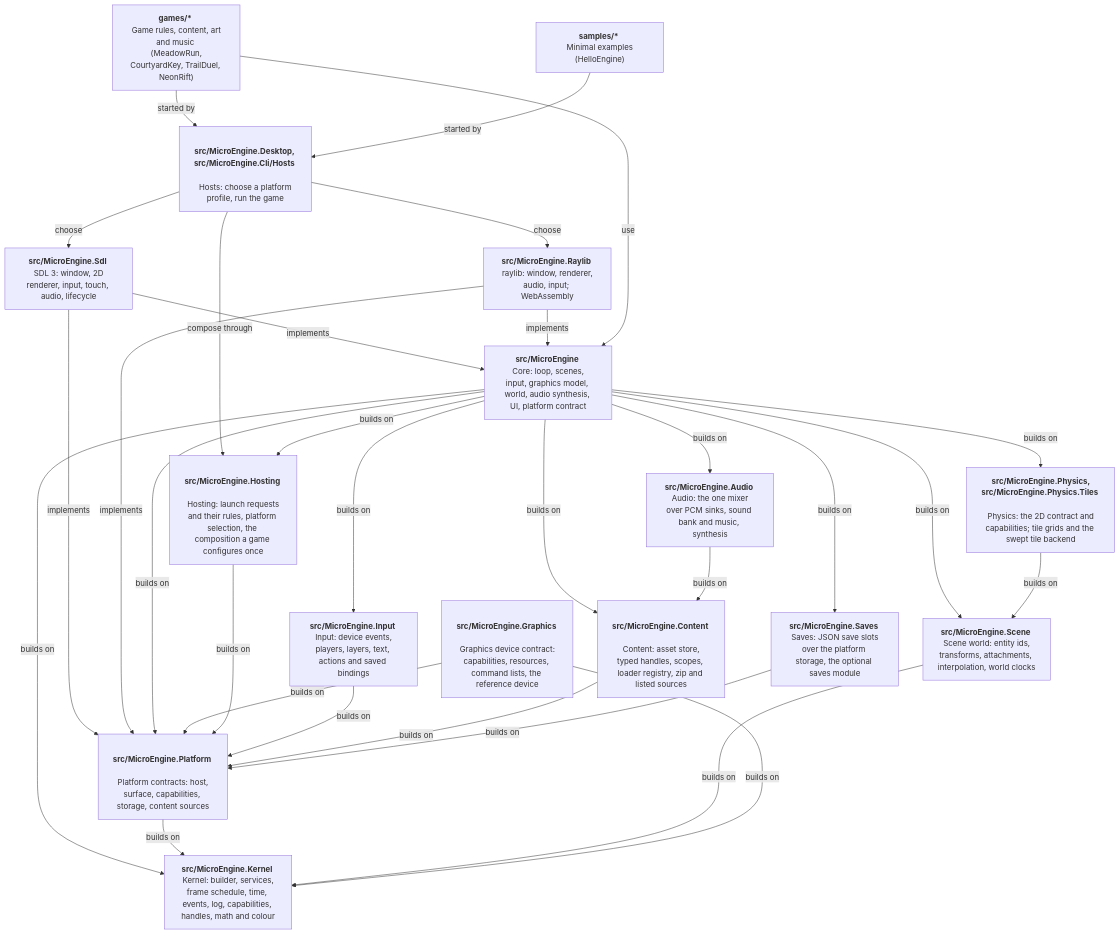
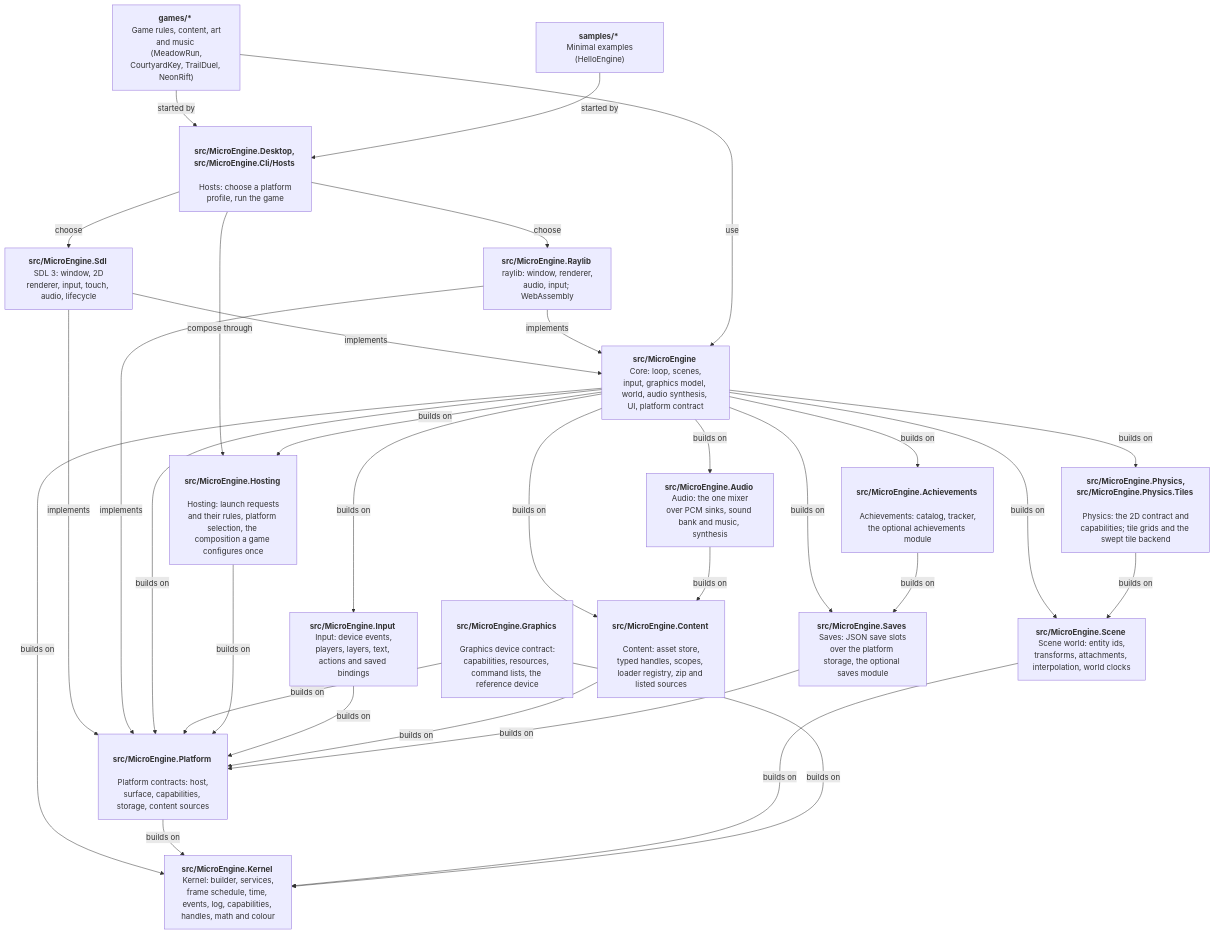
One commit to NastMz/MicroEngine changed the diagram in docs/architecture.md. Above: the diagram before and after it, drawn with Mermaid. The commit also changed other lines of this file and 23 other files, not shown here.

First line of the commit message:
refactor(achievements): move the achievement catalog and tracker into MicroEngine.Achievements with forwards

````diff
--- a/docs/architecture.md
+++ b/docs/architecture.md
@@ -11,50 +11,53 @@
 ```mermaid
 flowchart TB
   accTitle: Layers
   accDescr: Games and samples start through the hosts, which compose them through hosting and offer the SDL and raylib backends; both implement the platform contract, which builds on the kernel.
   games["<b> games/* </b> <br/> Game rules, content, art and music <br/> (MeadowRun, CourtyardKey, TrailDuel, NeonRift)"]
   samples["<b> samples/* </b> <br/> Minimal examples (HelloEngine)"]
   hosts["<b> src/MicroEngine.Desktop, src/MicroEngine.Cli/Hosts </b> <br/> Hosts: choose a platform profile, run the game"]
   sdl["<b> src/MicroEngine.Sdl </b> <br/> SDL 3: window, 2D renderer, input, touch, audio, lifecycle"]
   raylib["<b> src/MicroEngine.Raylib </b> <br/> raylib: window, renderer, audio, input; WebAssembly"]
   core["<b> src/MicroEngine </b> <br/> Core: loop, scenes, input, graphics model, world, audio synthesis, UI, platform contract"]
   platform["<b> src/MicroEngine.Platform </b> <br/> Platform contracts: host, surface, capabilities, storage, content sources"]
   graphics["<b> src/MicroEngine.Graphics </b> <br/> Graphics device contract: capabilities, resources, command lists, the reference device"]
   input["<b> src/MicroEngine.Input </b> <br/> Input: device events, players, layers, text, actions and saved bindings"]
   hosting["<b> src/MicroEngine.Hosting </b> <br/> Hosting: launch requests and their rules, platform selection, the composition a game configures once"]
   content["<b> src/MicroEngine.Content </b> <br/> Content: asset store, typed handles, scopes, loader registry, zip and listed sources"]
   audio["<b> src/MicroEngine.Audio </b> <br/> Audio: the one mixer over PCM sinks, sound bank and music, synthesis"]
   scene["<b> src/MicroEngine.Scene </b> <br/> Scene world: entity ids, transforms, attachments, interpolation, world clocks"]
   physics["<b> src/MicroEngine.Physics, src/MicroEngine.Physics.Tiles </b> <br/> Physics: the 2D contract and capabilities; tile grids and the swept tile backend"]
   saves["<b> src/MicroEngine.Saves </b> <br/> Saves: JSON save slots over the platform storage, the optional saves module"]
+  achievements["<b> src/MicroEngine.Achievements </b> <br/> Achievements: catalog, tracker, the optional achievements module"]
   kernel["<b> src/MicroEngine.Kernel </b> <br/> Kernel: builder, services, frame schedule, time, events, log, capabilities, handles, math and colour"]
   games -- started by --> hosts
   samples -- started by --> hosts
   hosts -- choose --> sdl
   hosts -- choose --> raylib
   hosts -- compose through --> hosting
   sdl -- implements --> core
   raylib -- implements --> core
   sdl -- implements --> platform
   raylib -- implements --> platform
   games -- use --> core
   core -- builds on --> platform
   core -- builds on --> kernel
   platform -- builds on --> kernel
   core -- builds on --> scene
   scene -- builds on --> kernel
   core -- builds on --> physics
   physics -- builds on --> scene
   graphics -- builds on --> platform
   graphics -- builds on --> kernel
   core -- builds on --> hosting
   hosting -- builds on --> platform
   core -- builds on --> input
   input -- builds on --> platform
   core -- builds on --> content
   content -- builds on --> platform
   core -- builds on --> audio
   audio -- builds on --> content
   core -- builds on --> saves
   saves -- builds on --> platform
+  core -- builds on --> achievements
+  achievements -- builds on --> saves
 ```
````
